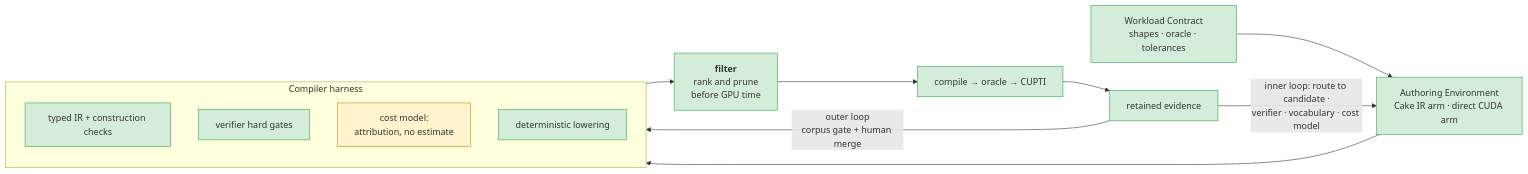
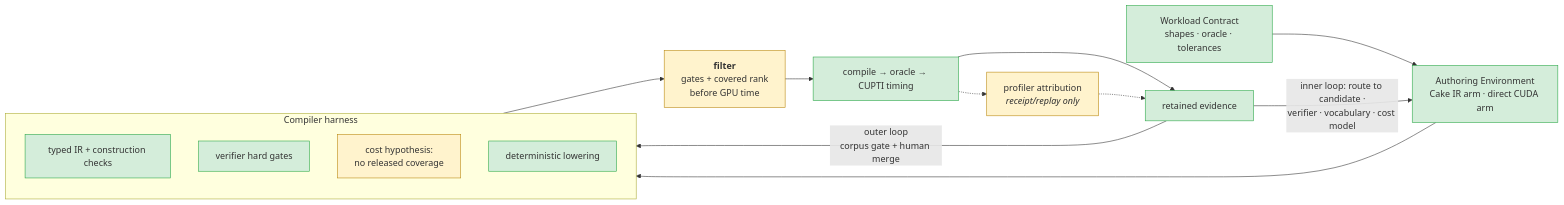
One commit to qhy991/open-cake-ir changed the seventh of 7 diagrams in docs/ARCHITECTURE.md. Above: the diagram before and after it, drawn with Mermaid. The commit also changed other lines of this file and 32 other files, not shown here.

````diff
--- a/docs/ARCHITECTURE.md
+++ b/docs/ARCHITECTURE.md
@@ -231,29 +231,32 @@
 ```mermaid
 graph LR
     W["Workload Contract<br/>shapes · oracle · tolerances"] --> AE
     AE["Authoring Environment<br/>Cake IR arm · direct CUDA arm"] --> CH
 
     subgraph CH["Compiler harness"]
         direction TB
         T1["typed IR + construction checks"]
         T2["verifier hard gates"]
-        T3["cost model:<br/>attribution, no estimate"]
+        T3["cost hypothesis:<br/>no released coverage"]
         T4["deterministic lowering"]
     end
 
-    CH --> FIL["<b>filter</b><br/>rank and prune<br/>before GPU time"]
-    FIL --> EX["compile → oracle → CUPTI"]
+    CH --> FIL["<b>filter</b><br/>gates + covered rank<br/>before GPU time"]
+    FIL --> EX["compile → oracle → CUPTI timing"]
     EX --> EVD["retained evidence"]
+    EX -.-> PROF["profiler attribution<br/><i>receipt/replay only</i>"]
+    PROF -.-> EVD
     EVD -->|"inner loop: route to candidate ·<br/>verifier · vocabulary · cost model"| AE
     EVD -->|"outer loop<br/>corpus gate + human merge"| CH
 
     style T1 fill:#d4edda,stroke:#28a745
     style T2 fill:#d4edda,stroke:#28a745
     style T4 fill:#d4edda,stroke:#28a745
     style T3 fill:#fff3cd,stroke:#b8860b
-    style FIL fill:#d4edda,stroke:#28a745
+    style FIL fill:#fff3cd,stroke:#b8860b
     style W fill:#d4edda,stroke:#28a745
     style AE fill:#d4edda,stroke:#28a745
     style EX fill:#d4edda,stroke:#28a745
+    style PROF fill:#fff3cd,stroke:#b8860b
     style EVD fill:#d4edda,stroke:#28a745
 ```
````
